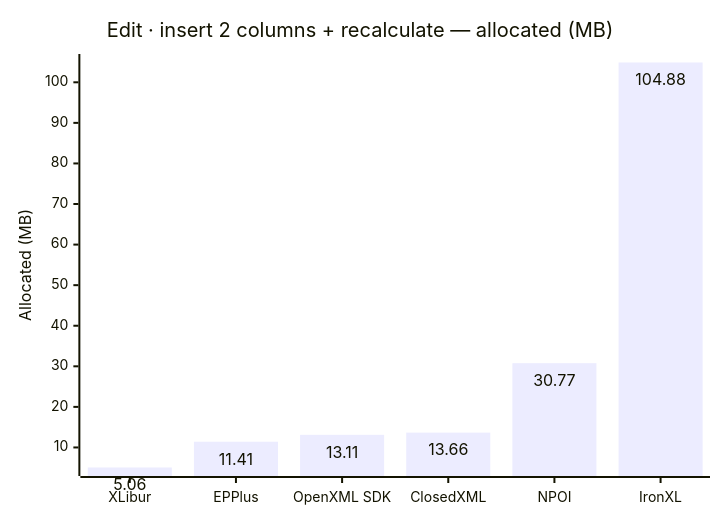
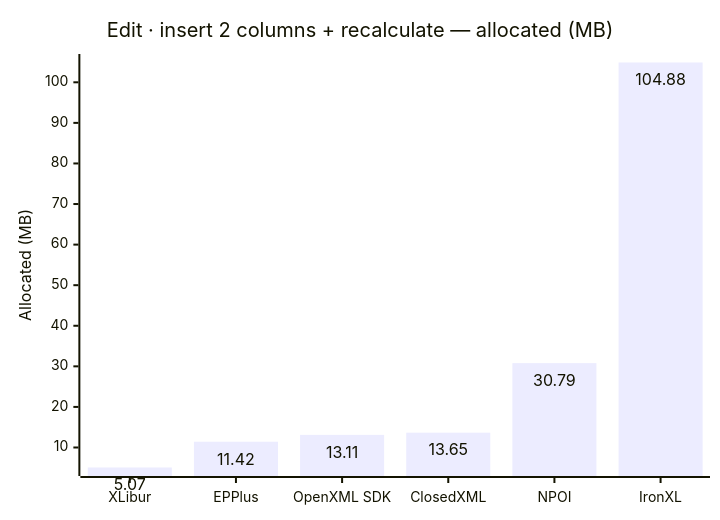
One commit to jafin/XLBench changed diagram 12 of 12 in docs/results.md. Above: the diagram before and after it, drawn with Mermaid. The commit also changed other lines of this file and 2 other files, not shown here.

````diff
--- a/docs/results.md
+++ b/docs/results.md
@@ -178,12 +178,12 @@
 ```mermaid
 ---
 config:
   xyChart:
     showDataLabel: true
 ---
 xychart-beta
     title "Edit · insert 2 columns + recalculate — allocated (MB)"
     x-axis ["XLibur", "EPPlus", "OpenXML SDK", "ClosedXML", "NPOI", "IronXL"]
     y-axis "Allocated (MB)"
-    bar [5.06, 11.41, 13.11, 13.66, 30.77, 104.88]
+    bar [5.07, 11.42, 13.11, 13.65, 30.79, 104.88]
 ```
````
